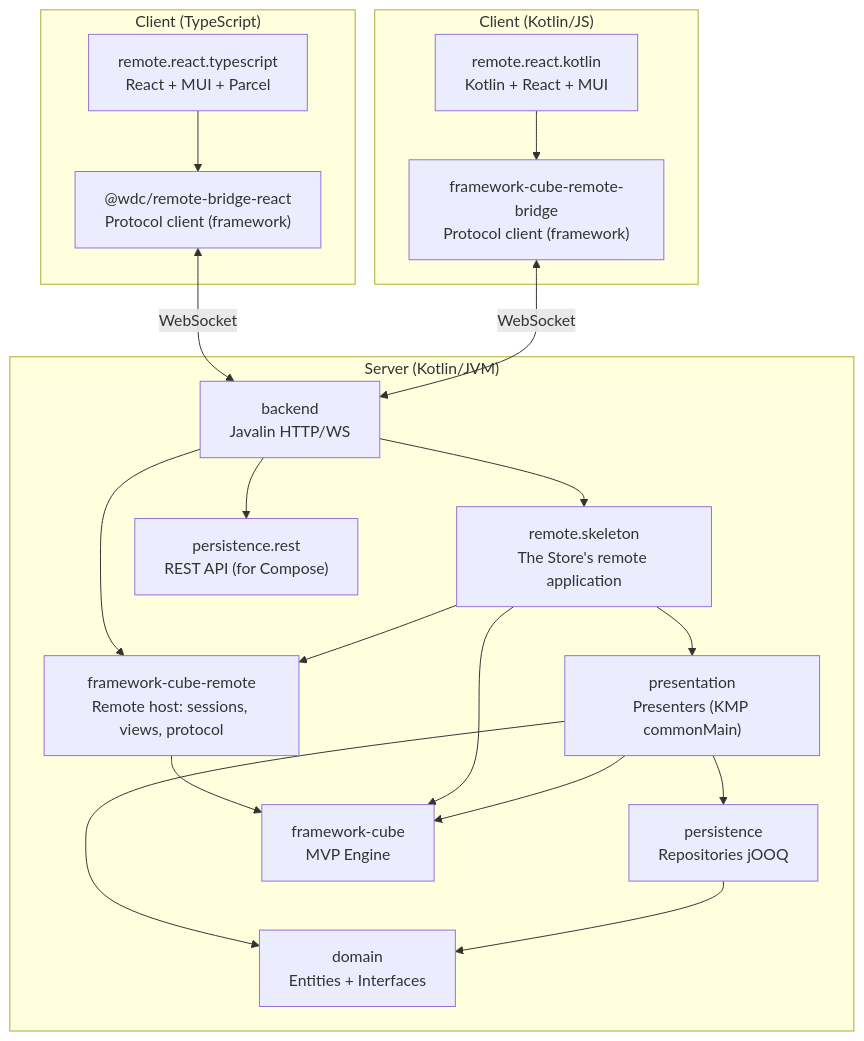
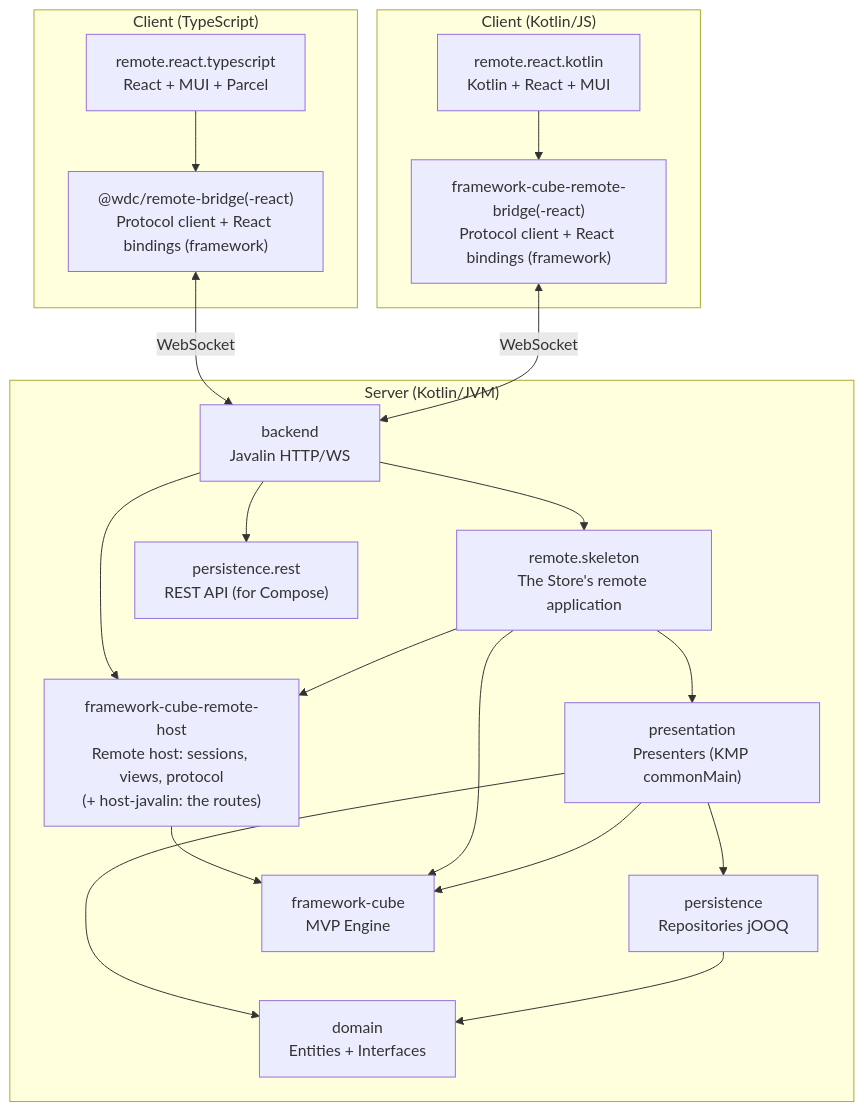
Before and after one commit to mrcdom/wdc-cube-kotlin: the third of 9 diagrams in docs/architecture-react.md, drawn with Mermaid. The commit also changed other lines of this file and 99 other files, not shown here.

First line of the commit message:
refactor(framework): the remote Cube projects split the protocol from the technology bindings

````diff
--- a/docs/architecture-react.md
+++ b/docs/architecture-react.md
@@ -87,39 +87,39 @@
 ```mermaid
 graph TB
     subgraph "Client (TypeScript)"
         RC["remote.react.typescript<br/>React + MUI + Parcel"]
-        BRG["@wdc/remote-bridge-react<br/>Protocol client (framework)"]
+        BRG["@wdc/remote-bridge(-react)<br/>Protocol client + React bindings (framework)"]
     end
 
     subgraph "Client (Kotlin/JS)"
         RK["remote.react.kotlin<br/>Kotlin + React + MUI"]
-        BRK["framework-cube-remote-bridge<br/>Protocol client (framework)"]
+        BRK["framework-cube-remote-bridge(-react)<br/>Protocol client + React bindings (framework)"]
     end
 
     subgraph "Server (Kotlin/JVM)"
         BACK["backend<br/>Javalin HTTP/WS"]
         SKEL["remote.skeleton<br/>The Store's remote application"]
-        FCR["framework-cube-remote<br/>Remote host: sessions, views, protocol"]
+        FCR["framework-cube-remote-host<br/>Remote host: sessions, views, protocol<br/>(+ host-javalin: the routes)"]
         PRES["presentation<br/>Presenters (KMP commonMain)"]
         PERS["persistence<br/>Repositories jOOQ"]
         PERSR["persistence.rest<br/>REST API (for Compose)"]
         DOM["domain<br/>Entities + Interfaces"]
         CUBE["framework-cube<br/>MVP Engine"]
     end
 
     RC --> BRG
     BRG <-->|WebSocket| BACK
     RK --> BRK
     BRK <-->|WebSocket| BACK
     BACK --> SKEL
     BACK --> FCR
     SKEL --> FCR
     FCR --> CUBE
     BACK --> PERSR
     SKEL --> PRES
     PRES --> DOM
     PRES --> PERS
     PERS --> DOM
     SKEL --> CUBE
     PRES --> CUBE
 ```
````
